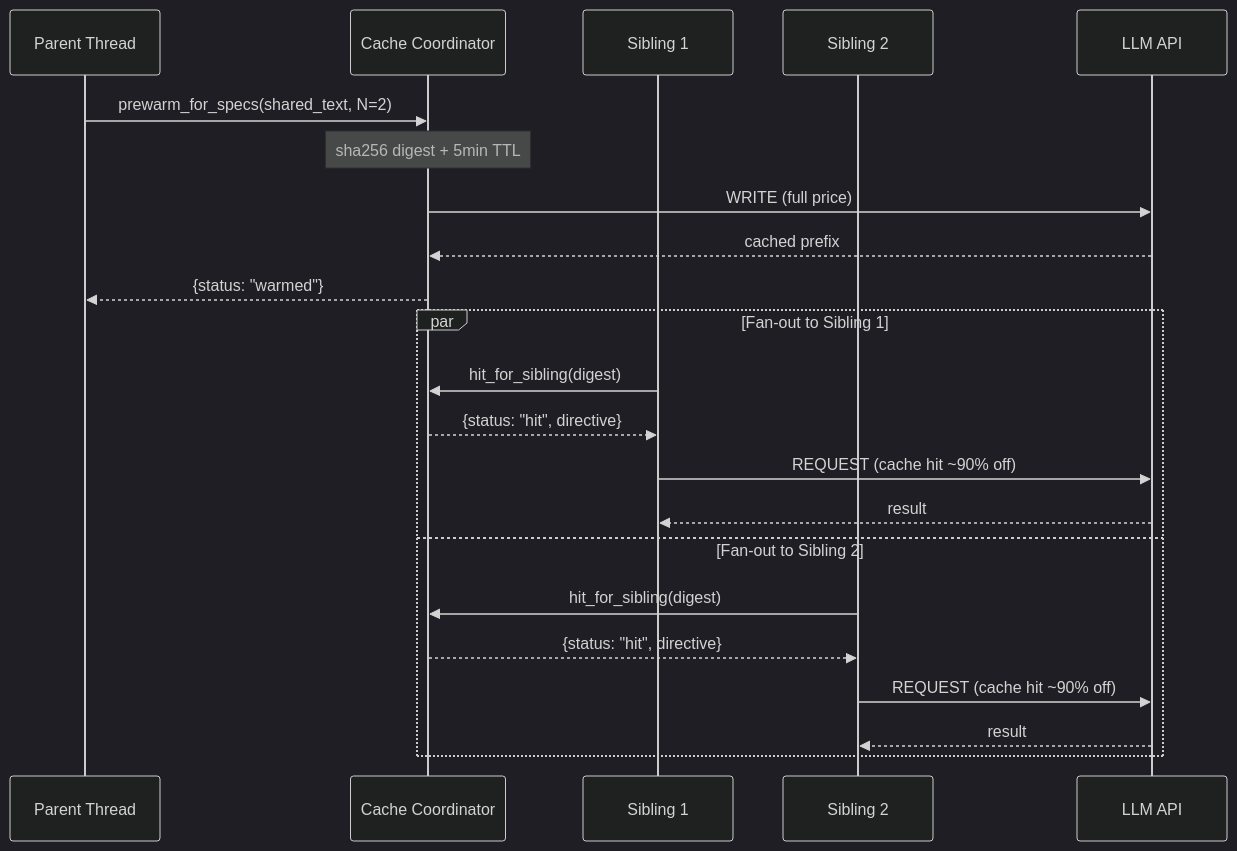
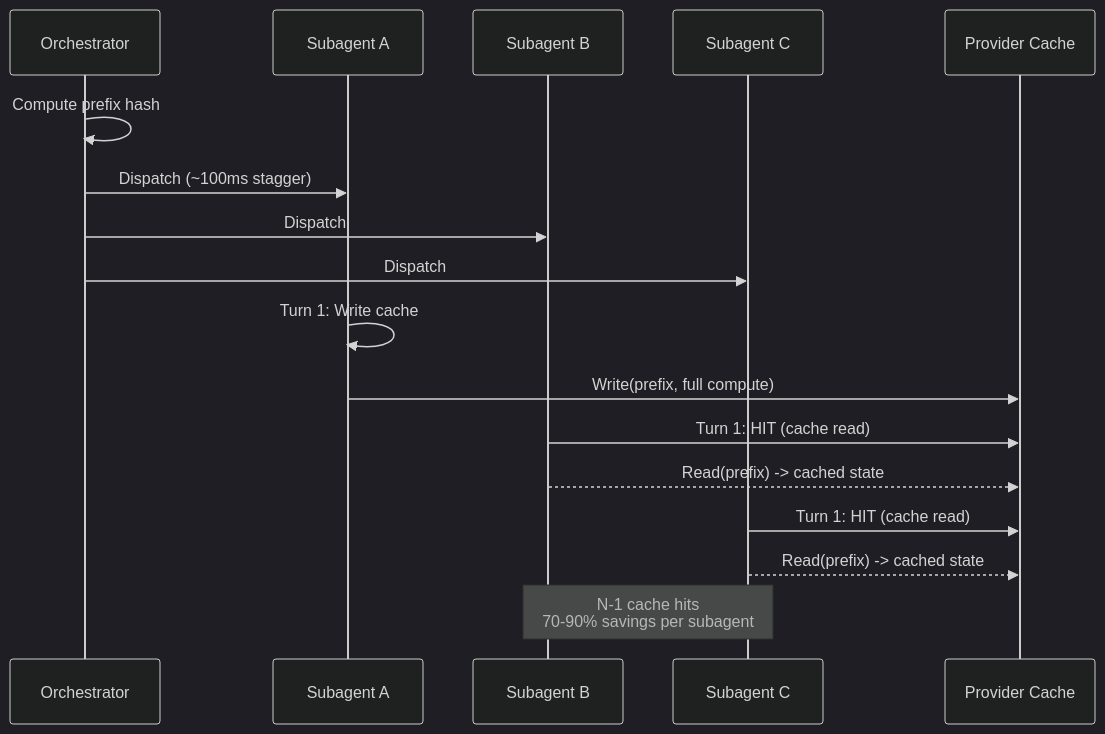
The diagram in docs/concepts/14-prompt-cache-coordination.md (ndqkhanh/lyra), drawn with Mermaid (dark theme) before and after one commit. The commit also changed other lines of this file and 65 other files, not shown here.

````diff
--- a/docs/concepts/14-prompt-cache-coordination.md
+++ b/docs/concepts/14-prompt-cache-coordination.md
@@ -15,26 +16,24 @@
 ```mermaid
 sequenceDiagram
-    participant Parent as Parent Thread
-    participant Coord as Cache Coordinator
-    participant S1 as Sibling 1
-    participant S2 as Sibling 2
-    participant API as LLM API
-
-    Parent->>Coord: prewarm_for_specs(shared_text, N=2)
-    Note over Coord: sha256 digest + 5min TTL
-    Coord->>API: WRITE (full price)
-    API-->>Coord: cached prefix
-    Coord-->>Parent: {status: "warmed"}
-
-    par Fan-out to Sibling 1
-        S1->>Coord: hit_for_sibling(digest)
-        Coord-->>S1: {status: "hit", directive}
-        S1->>API: REQUEST (cache hit ~90% off)
-        API-->>S1: result
-    and Fan-out to Sibling 2
-        S2->>Coord: hit_for_sibling(digest)
-        Coord-->>S2: {status: "hit", directive}
-        S2->>API: REQUEST (cache hit ~90% off)
-        API-->>S2: result
-    end
+    participant O as Orchestrator
+    participant SA1 as Subagent A
+    participant SA2 as Subagent B
+    participant SA3 as Subagent C
+    participant Cache as Provider Cache
+    
+    O->>O: Compute prefix hash
+    O->>SA1: Dispatch (~100ms stagger)
+    O->>SA2: Dispatch
+    O->>SA3: Dispatch
+    
+    SA1->>SA1: Turn 1: Write cache
+    SA1->>Cache: Write(prefix, full compute)
+    
+    SA2->>Cache: Turn 1: HIT (cache read)
+    SA2-->>Cache: Read(prefix) -> cached state
+    
+    SA3->>Cache: Turn 1: HIT (cache read)
+    SA3-->>Cache: Read(prefix) -> cached state
+    
+    Note over SA2,SA3: N-1 cache hits<br/>70-90% savings per subagent
 ```
````
